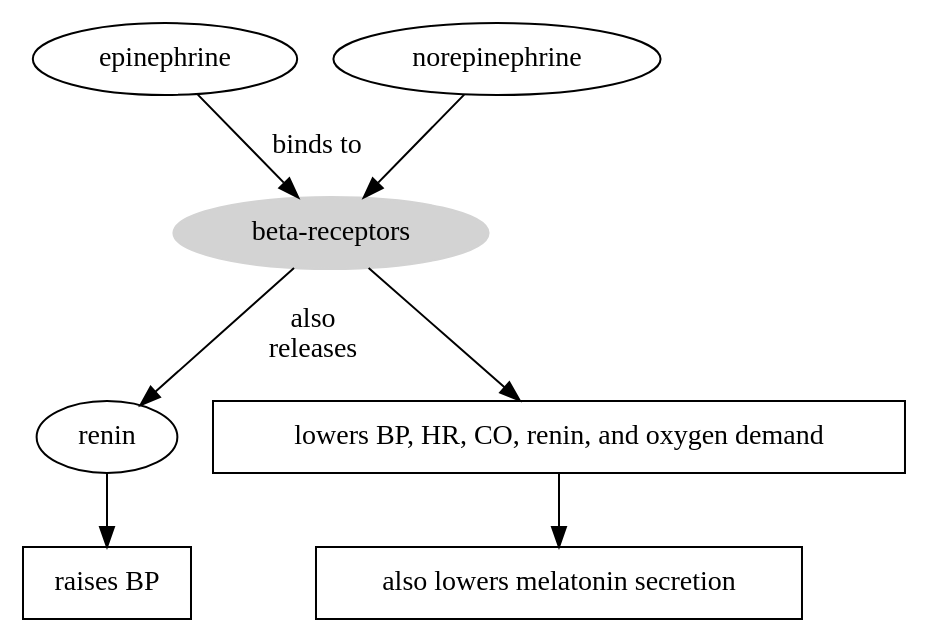
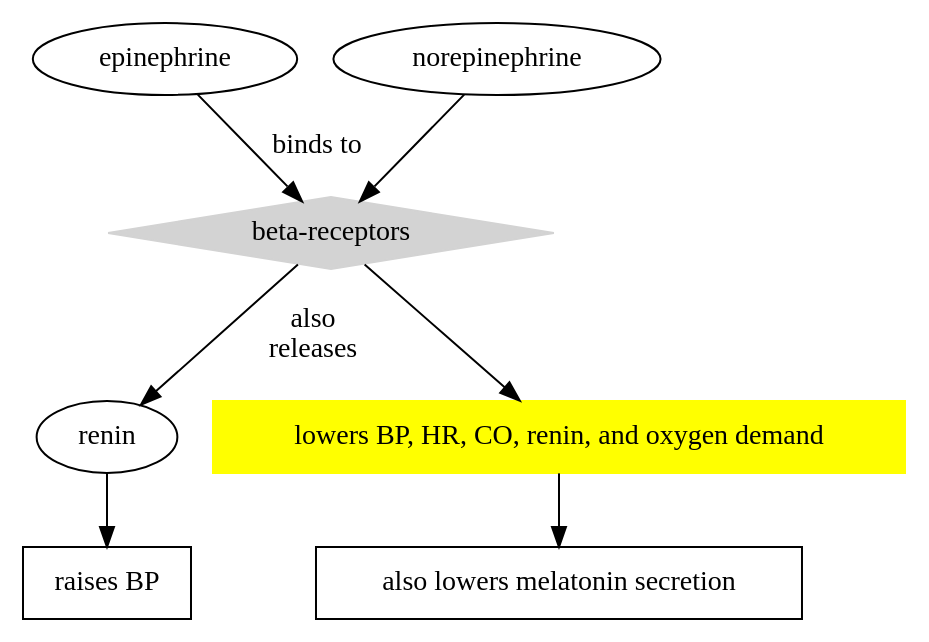
Before and after one commit to meirisoda/school_spring2024: the second of 2 diagrams in NURS380_Practicum/Topics/Pharmacology/Cardiology Basics.md, drawn with Graphviz.

Commit message:
vault backup: 2024-02-19 16:39:45

````diff
--- a/NURS380_Practicum/Topics/Pharmacology/Cardiology Basics.md
+++ b/NURS380_Practicum/Topics/Pharmacology/Cardiology Basics.md
@@ -36,17 +36,17 @@
 ```dot
 digraph G {
-	A [label="beta-receptors", style=filled, color=lightgrey];
+	A [label="beta-receptors", style=filled, color=lightgrey, shape=diamond];
 	B [label="epinephrine"];
 	C [label="norepinephrine"];
 	D [label="renin"];
 	D1 [label="raises BP", shape=box];
-	E [label="lowers BP, HR, CO, renin, and oxygen demand", shape=box];
+	E [label="lowers BP, HR, CO, renin, and oxygen demand", style=filled, color=yellow, shape=box];
 	F [label="also lowers melatonin secretion", shape=box];
 
 	B -> A [label="binds to"];
 	C -> A
 	A -> D [label="also\nreleases"];
 	D -> D1
 	A -> E -> F 
 }
 ```
````
